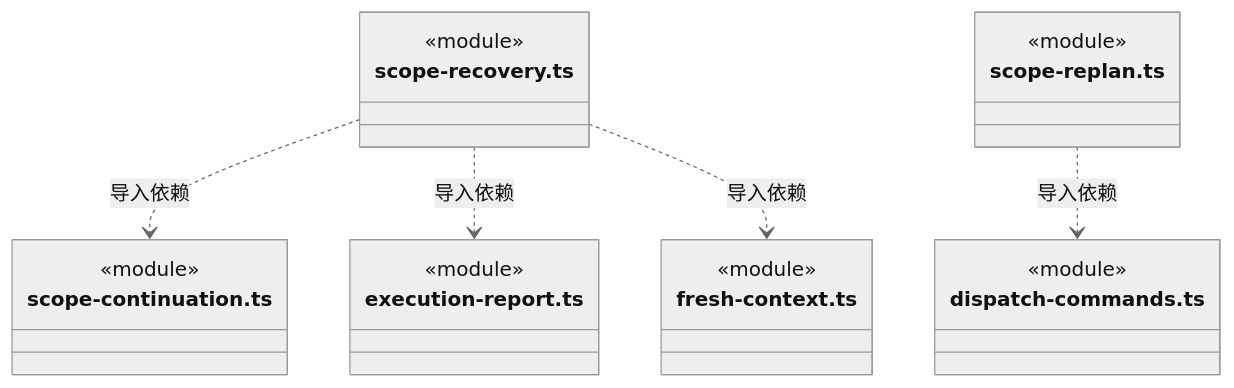
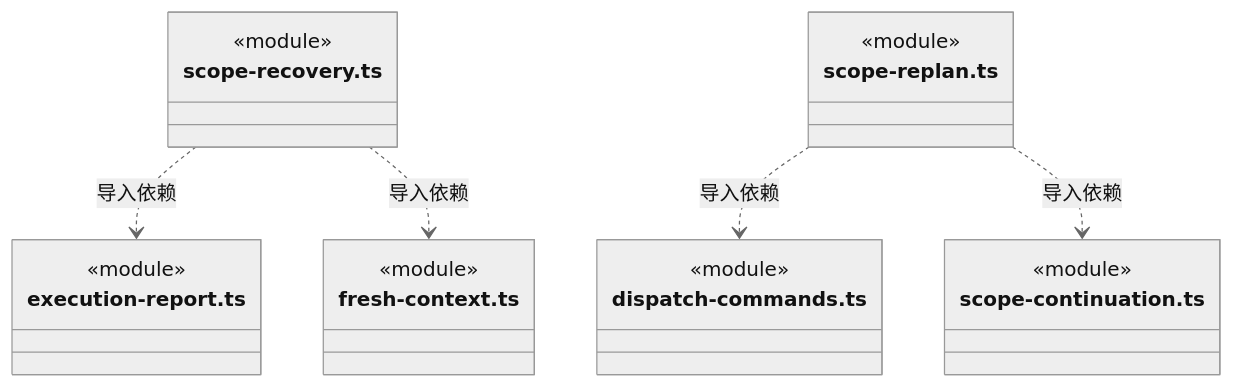
Diagram 56 of 60 in src/backend/core/tasks/ARCHITECTURE.md (nan023062/cbim), drawn with Mermaid (neutral theme) before and after one commit. The commit also changed other lines of this file and 47 other files, not shown here.

````diff
--- a/src/backend/core/tasks/ARCHITECTURE.md
+++ b/src/backend/core/tasks/ARCHITECTURE.md
@@ -1307,25 +1398,25 @@
 ```mermaid
 classDiagram
 class N_src_backend_core_tasks_scope_recovery_ts["scope-recovery.ts"] {
-  <<module>>
-}
-class N_src_backend_core_tasks_scope_continuation_ts["scope-continuation.ts"] {
   <<module>>
 }
 class N_src_backend_core_tasks_execution_report_ts["execution-report.ts"] {
   <<module>>
 }
 class N_src_backend_core_tasks_fresh_context_ts["fresh-context.ts"] {
   <<module>>
 }
 class N_src_backend_core_tasks_scope_replan_ts["scope-replan.ts"] {
   <<module>>
 }
 class N_src_backend_core_tasks_dispatch_commands_ts["dispatch-commands.ts"] {
   <<module>>
 }
-N_src_backend_core_tasks_scope_recovery_ts ..> N_src_backend_core_tasks_scope_continuation_ts : 导入依赖
+class N_src_backend_core_tasks_scope_continuation_ts["scope-continuation.ts"] {
+  <<module>>
+}
 N_src_backend_core_tasks_scope_recovery_ts ..> N_src_backend_core_tasks_execution_report_ts : 导入依赖
 N_src_backend_core_tasks_scope_recovery_ts ..> N_src_backend_core_tasks_fresh_context_ts : 导入依赖
 N_src_backend_core_tasks_scope_replan_ts ..> N_src_backend_core_tasks_dispatch_commands_ts : 导入依赖
+N_src_backend_core_tasks_scope_replan_ts ..> N_src_backend_core_tasks_scope_continuation_ts : 导入依赖
 ```
````
